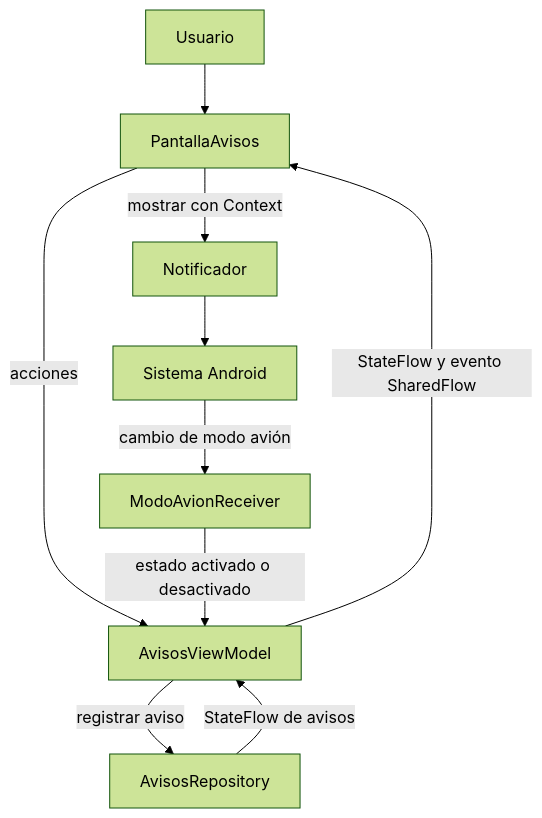
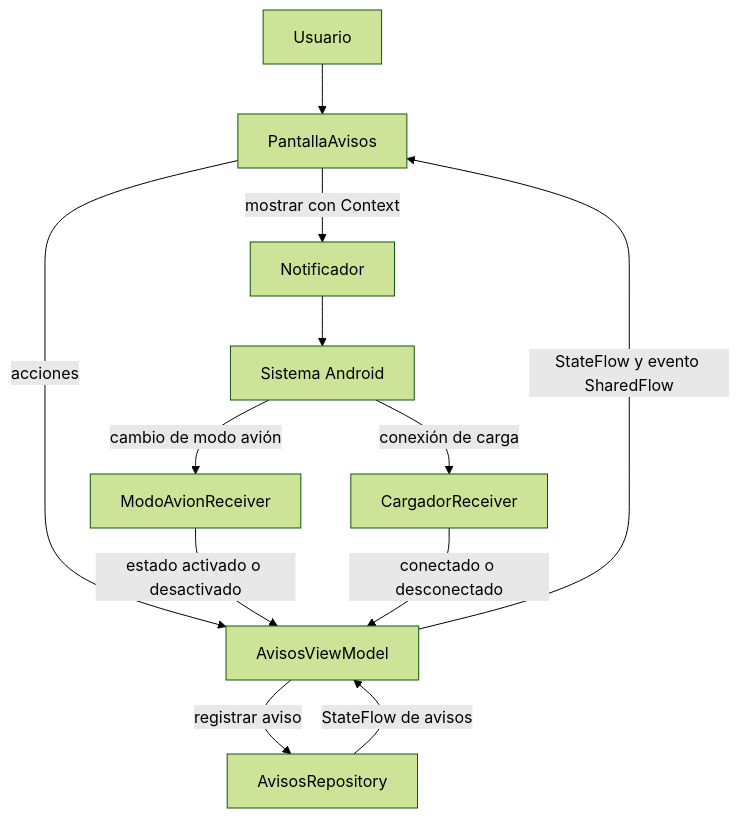
Before and after one commit to Jesus-Rocha-B/Programacion_Moviles_JesusR: the diagram in Semana15/README.md, drawn with Mermaid (forest theme). The commit also changed other lines of this file and 5 other files, not shown here.

````diff
--- a/Semana15/README.md
+++ b/Semana15/README.md
@@ -34,12 +35,14 @@
 ```mermaid
 flowchart TD
     U[Usuario] --> V[PantallaAvisos]
     V -->|acciones| VM[AvisosViewModel]
     VM -->|registrar aviso| R[AvisosRepository]
     R -->|StateFlow de avisos| VM
     VM -->|StateFlow y evento SharedFlow| V
     V -->|mostrar con Context| N[Notificador]
     N --> S[Sistema Android]
     S -->|cambio de modo avión| B[ModoAvionReceiver]
     B -->|estado activado o desactivado| VM
+    S -->|conexión de carga| C[CargadorReceiver]
+    C -->|conectado o desconectado| VM
 ```
````
